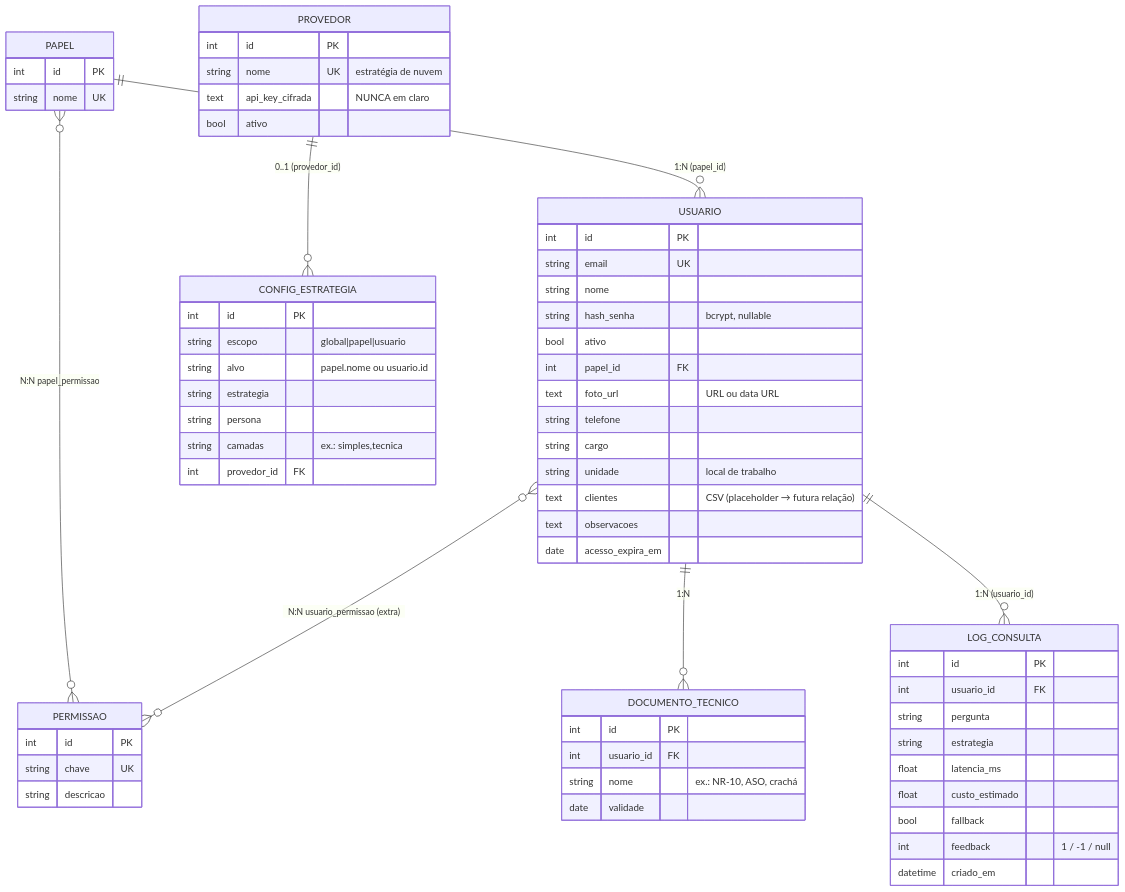
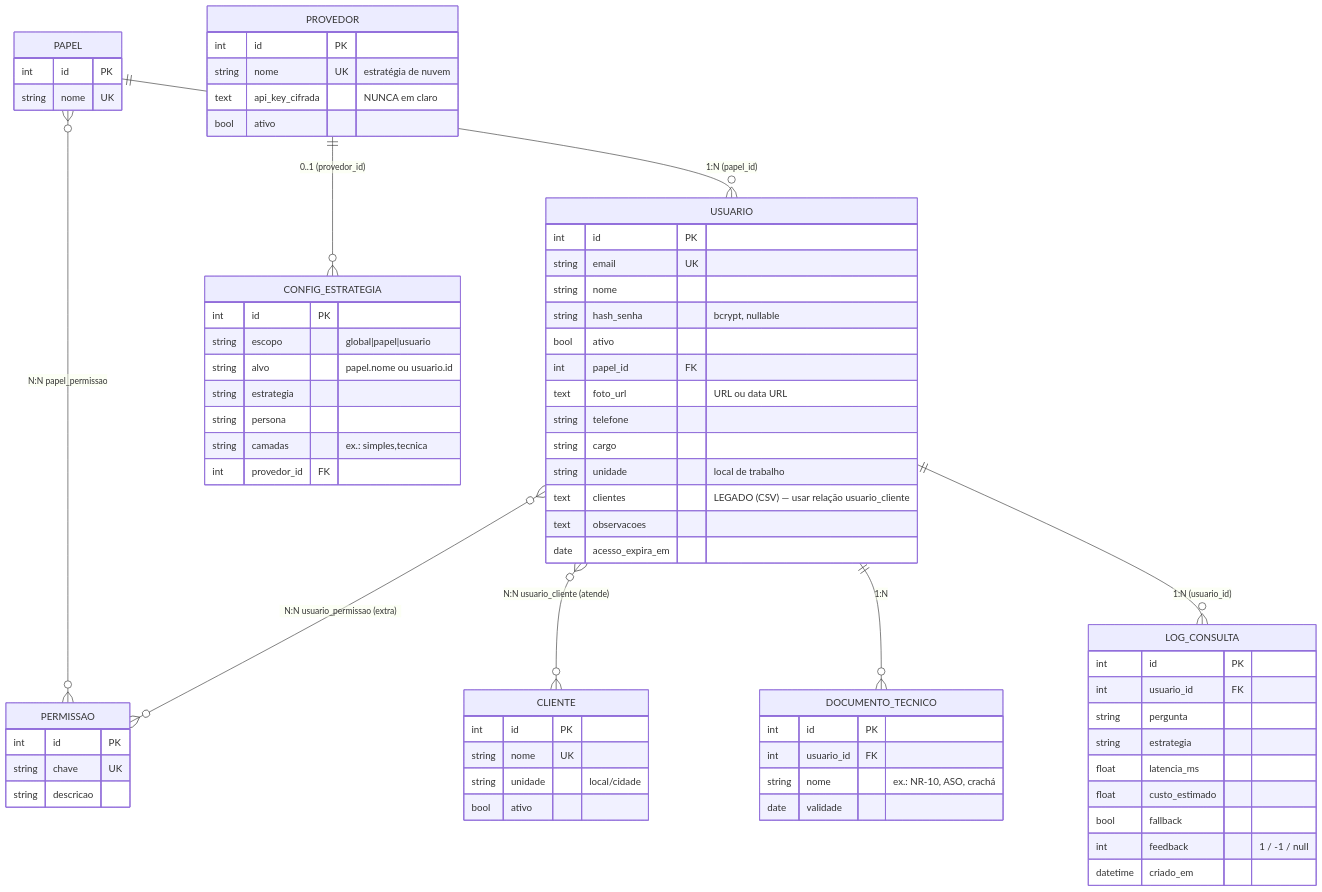
Before and after one commit to caiquemiranda/RAG-Simplex: the diagram in docs/MODELO_DADOS.md, drawn with Mermaid. The commit also changed other lines of this file and 13 other files, not shown here.

First line of the commit message:
feat(etapa-1): entidade Cliente (N:N técnico↔cliente) + card Clientes + índice de docs

````diff
--- a/docs/MODELO_DADOS.md
+++ b/docs/MODELO_DADOS.md
@@ -10,66 +10,73 @@
 ```mermaid
 erDiagram
   PAPEL ||--o{ USUARIO : "1:N (papel_id)"
   PAPEL }o--o{ PERMISSAO : "N:N papel_permissao"
   USUARIO }o--o{ PERMISSAO : "N:N usuario_permissao (extra)"
+  USUARIO }o--o{ CLIENTE : "N:N usuario_cliente (atende)"
   USUARIO ||--o{ DOCUMENTO_TECNICO : "1:N"
   USUARIO ||--o{ LOG_CONSULTA : "1:N (usuario_id)"
   PROVEDOR ||--o{ CONFIG_ESTRATEGIA : "0..1 (provedor_id)"
 
   PAPEL {
     int id PK
     string nome UK
   }
   PERMISSAO {
     int id PK
     string chave UK
     string descricao
   }
   USUARIO {
     int id PK
     string email UK
     string nome
     string hash_senha "bcrypt, nullable"
     bool ativo
     int papel_id FK
     text foto_url "URL ou data URL"
     string telefone
     string cargo
     string unidade "local de trabalho"
-    text clientes "CSV (placeholder → futura relação)"
+    text clientes "LEGADO (CSV) — usar relação usuario_cliente"
     text observacoes
     date acesso_expira_em
+  }
+  CLIENTE {
+    int id PK
+    string nome UK
+    string unidade "local/cidade"
+    bool ativo
   }
   DOCUMENTO_TECNICO {
     int id PK
     int usuario_id FK
     string nome "ex.: NR-10, ASO, crachá"
     date validade
   }
   LOG_CONSULTA {
     int id PK
     int usuario_id FK
     string pergunta
     string estrategia
     float latencia_ms
     float custo_estimado
     bool fallback
     int feedback "1 / -1 / null"
     datetime criado_em
   }
   CONFIG_ESTRATEGIA {
     int id PK
     string escopo "global|papel|usuario"
     string alvo "papel.nome ou usuario.id"
     string estrategia
     string persona
     string camadas "ex.: simples,tecnica"
     int provedor_id FK
   }
   PROVEDOR {
     int id PK
     string nome UK "estratégia de nuvem"
     text api_key_cifrada "NUNCA em claro"
     bool ativo
   }
 ```
````
